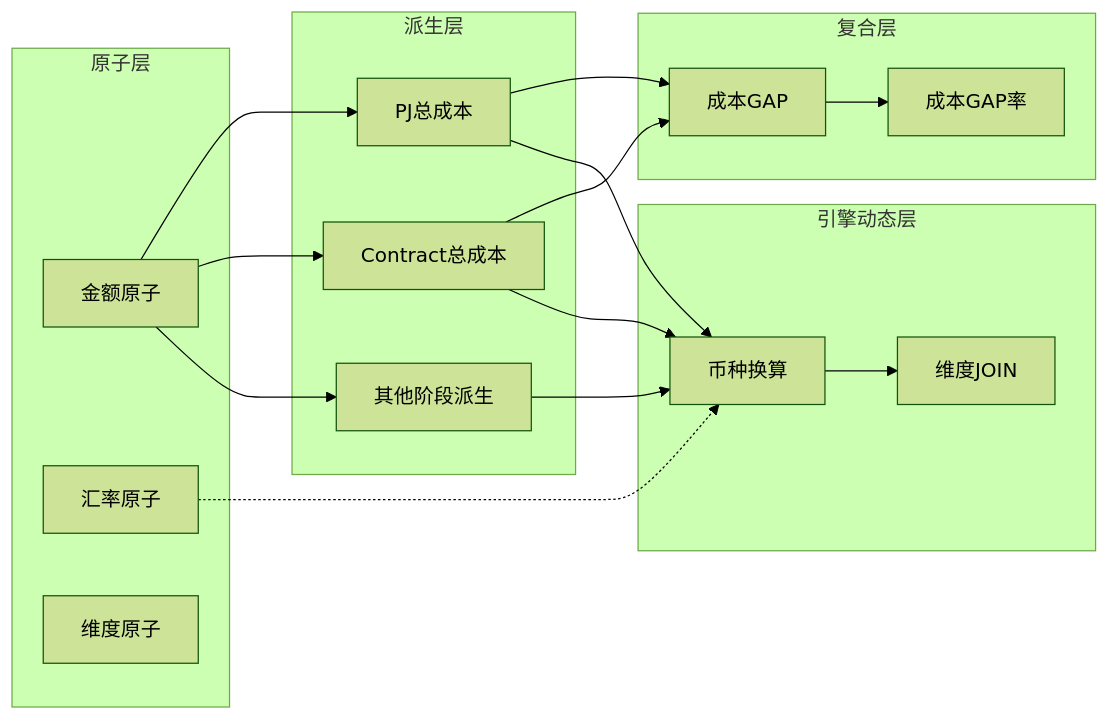
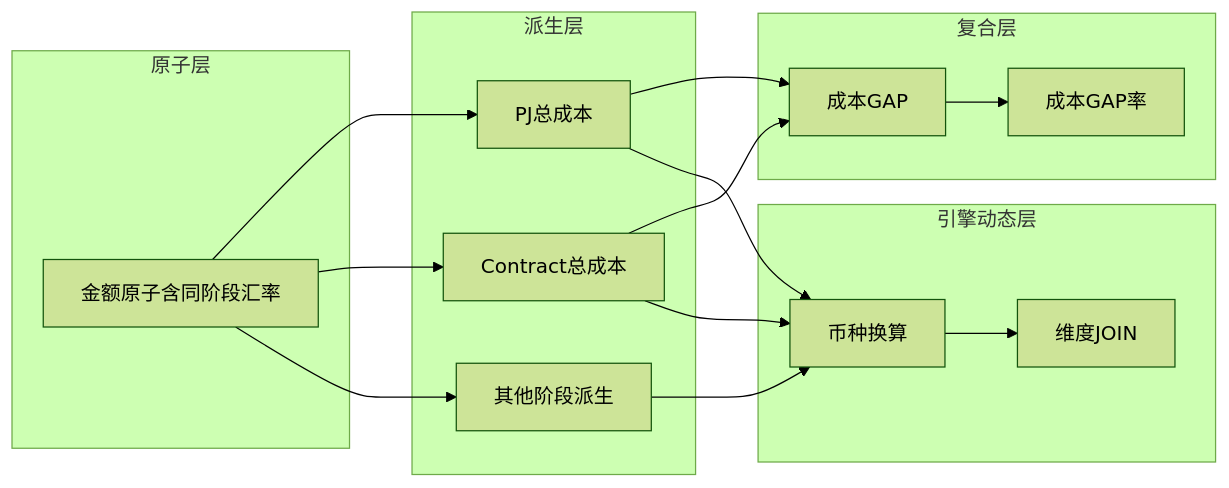
One commit to huanglin983/askdata changed the second of 3 diagrams in doc/01_技术方案.md. Above: the diagram before and after it, drawn with Mermaid (forest theme). The commit also changed other lines of this file and 38 other files, not shown here.

````diff
--- a/doc/01_技术方案.md
+++ b/doc/01_技术方案.md
@@ -77,26 +81,23 @@
 ```mermaid
 flowchart LR
   subgraph atomic [原子层]
-    A1[金额原子]
-    A2[汇率原子]
-    A3[维度原子]
+    A1[金额原子含同阶段汇率]
   end
   subgraph derived [派生层]
     D1[PJ总成本]
     D2[Contract总成本]
     D3[其他阶段派生]
   end
   subgraph composite [复合层]
     C1[成本GAP]
     C2[成本GAP率]
   end
   subgraph runtime [引擎动态层]
     R1[币种换算]
     R2[维度JOIN]
   end
 
   A1 --> D1 & D2 & D3
-  A2 -.-> R1
   D1 & D2 --> C1 --> C2
   D1 & D2 & D3 --> R1 --> R2
 ```
````
